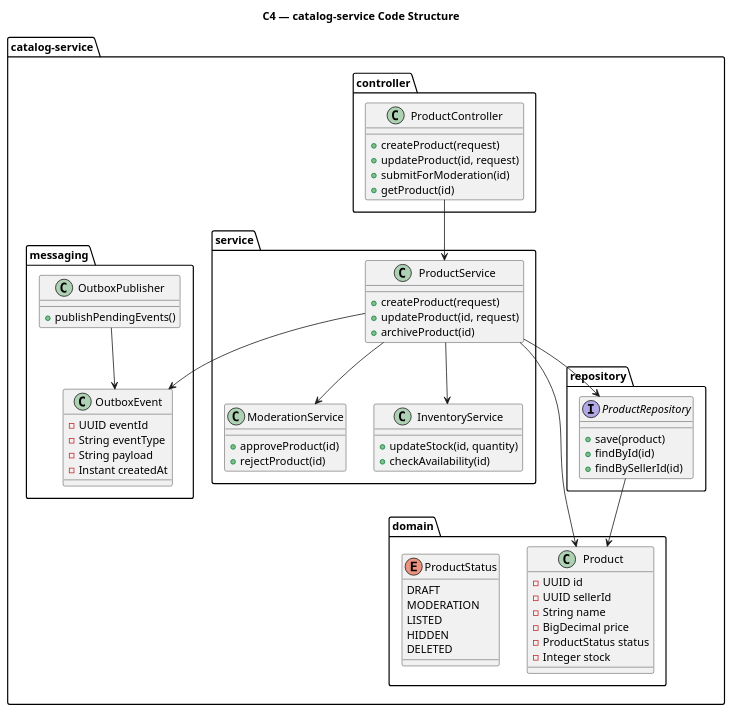
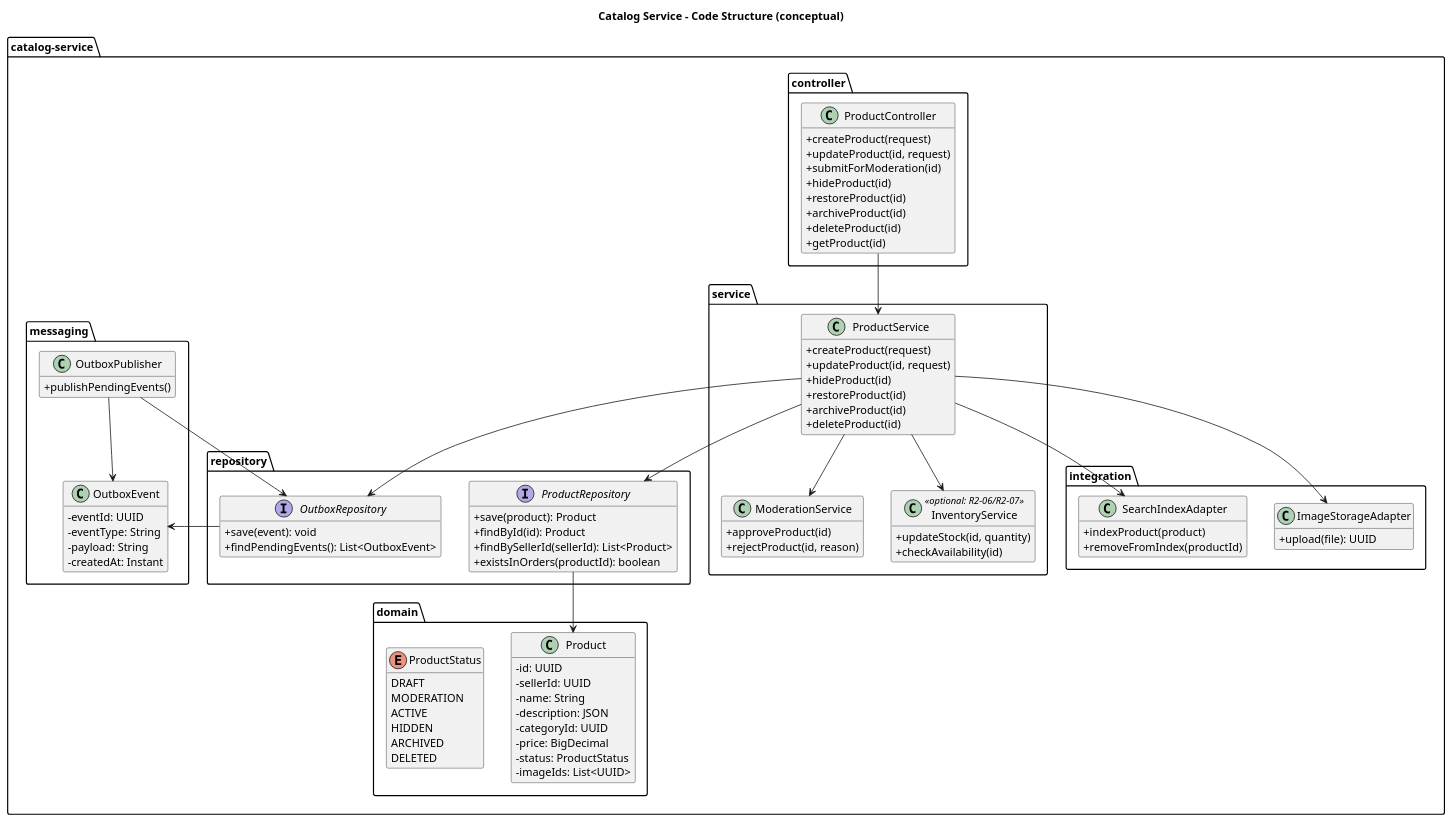
The diagram in docs/architecture/c4-catalog-code.puml (iivanov627/TMarketplace), drawn with PlantUML before and after one commit. The commit also changed 4 other files, not shown here.

Commit message:
с4 diagrams

```diff
--- a/docs/architecture/c4-catalog-code.puml
+++ b/docs/architecture/c4-catalog-code.puml
@@ -2,83 +1,119 @@
 @startuml c4-catalog-code
-title C4 — catalog-service Code Structure
+
+title Catalog Service - Code Structure (conceptual)
+
+skinparam classAttributeIconSize 0
+hide empty members
+
+' NOTE: US-25 in USM says new product is active; updated seller scenario says it enters moderation.
+' Resolve this requirement conflict before implementation.
 
 package "catalog-service" {
-
     package "controller" {
         class ProductController {
             +createProduct(request)
             +updateProduct(id, request)
             +submitForModeration(id)
+            +hideProduct(id)
+            +restoreProduct(id)
+            +archiveProduct(id)
+            +deleteProduct(id)
             +getProduct(id)
         }
     }
 
     package "service" {
         class ProductService {
             +createProduct(request)
             +updateProduct(id, request)
+            +hideProduct(id)
+            +restoreProduct(id)
             +archiveProduct(id)
+            +deleteProduct(id)
         }
 
         class ModerationService {
             +approveProduct(id)
-            +rejectProduct(id)
+            +rejectProduct(id, reason)
         }
 
-        class InventoryService {
+        class InventoryService <<optional: R2-06/R2-07>> {
             +updateStock(id, quantity)
             +checkAvailability(id)
         }
     }
 
     package "domain" {
         class Product {
-            -UUID id
-            -UUID sellerId
-            -String name
-            -BigDecimal price
-            -ProductStatus status
-            -Integer stock
+            -id: UUID
+            -sellerId: UUID
+            -name: String
+            -description: JSON
+            -categoryId: UUID
+            -price: BigDecimal
+            -status: ProductStatus
+            -imageIds: List<UUID>
         }
 
         enum ProductStatus {
             DRAFT
             MODERATION
-            LISTED
+            ACTIVE
             HIDDEN
+            ARCHIVED
             DELETED
         }
     }
 
     package "repository" {
         interface ProductRepository {
-            +save(product)
-            +findById(id)
-            +findBySellerId(id)
+            +save(product): Product
+            +findById(id): Product
+            +findBySellerId(sellerId): List<Product>
+            +existsInOrders(productId): boolean
+        }
+
+        interface OutboxRepository {
+            +save(event): void
+            +findPendingEvents(): List<OutboxEvent>
         }
     }
 
     package "messaging" {
         class OutboxEvent {
-            -UUID eventId
-            -String eventType
-            -String payload
-            -Instant createdAt
+            -eventId: UUID
+            -eventType: String
+            -payload: String
+            -createdAt: Instant
         }
 
         class OutboxPublisher {
             +publishPendingEvents()
+        }
+    }
+
+    package "integration" {
+        class ImageStorageAdapter {
+            +upload(file): UUID
+        }
+
+        class SearchIndexAdapter {
+            +indexProduct(product)
+            +removeFromIndex(productId)
         }
     }
 }
 
 ProductController --> ProductService
 ProductService --> ProductRepository
 ProductService --> ModerationService
 ProductService --> InventoryService
-ProductService --> Product
+ProductService --> ImageStorageAdapter
+ProductService --> SearchIndexAdapter
+ProductService --> OutboxRepository
 ProductRepository --> Product
-ProductService --> OutboxEvent
+OutboxRepository --> OutboxEvent
+OutboxPublisher --> OutboxRepository
 OutboxPublisher --> OutboxEvent
 
 @enduml
```
